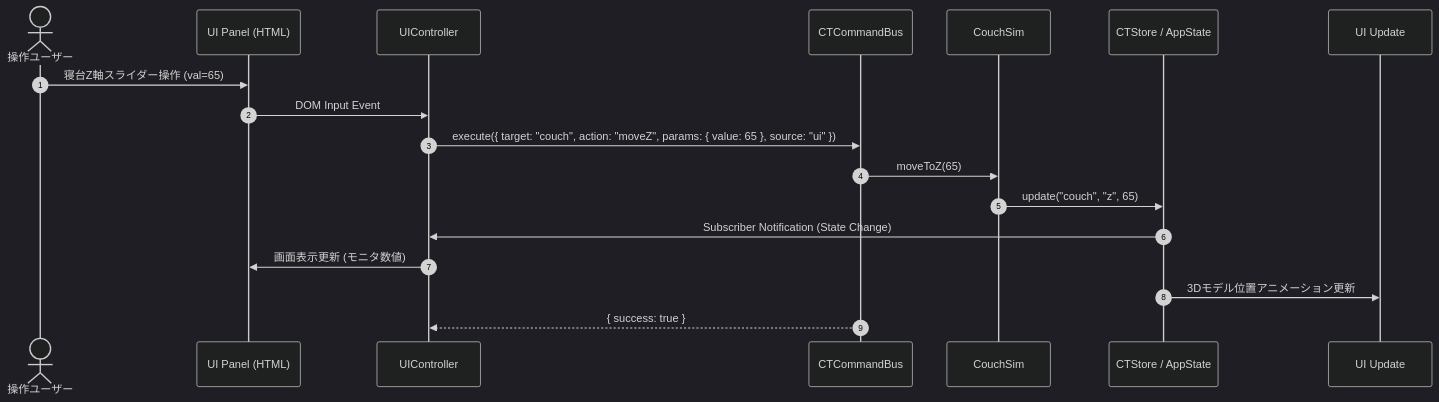
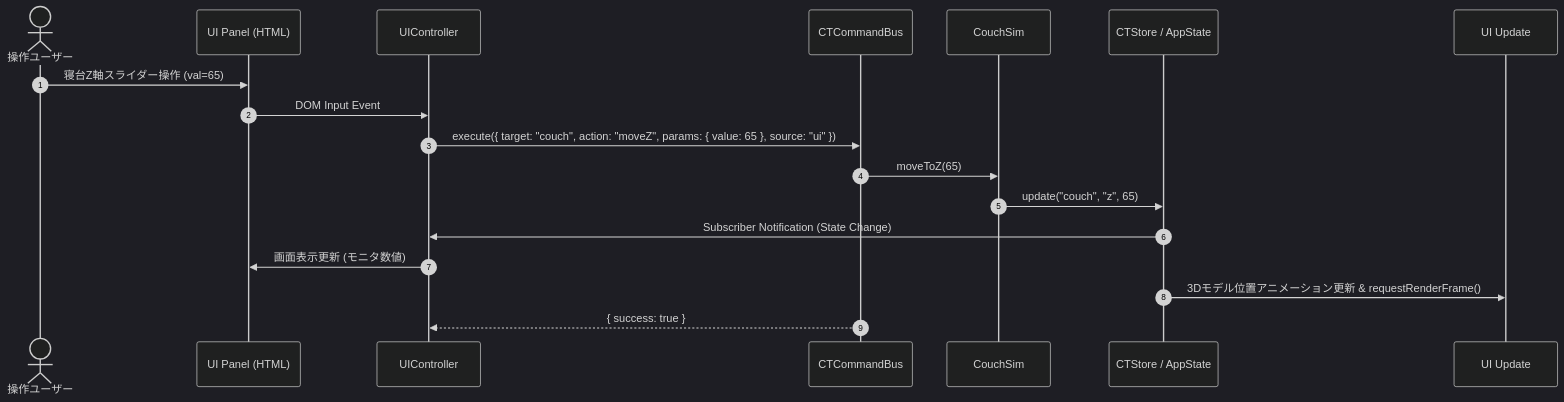
Before and after one commit to yskforest/sim_stream: the third of 7 diagrams in docs/02_architecture_design.md, drawn with Mermaid (dark theme). The commit also changed other lines of this file and 6 other files, not shown here.

````diff
--- a/docs/02_architecture_design.md
+++ b/docs/02_architecture_design.md
@@ -162,21 +198,21 @@
 ```mermaid
 sequenceDiagram
     autonumber
     actor User as 操作ユーザー
     participant UIPanel as UI Panel (HTML)
     participant UIController as UIController
     participant Bus as CTCommandBus
     participant HW as CouchSim
     participant Store as CTStore / AppState
     participant UI as UI Update
 
     User->>UIPanel: 寝台Z軸スライダー操作 (val=65)
     UIPanel->>UIController: DOM Input Event
     UIController->>Bus: execute({ target: "couch", action: "moveZ", params: { value: 65 }, source: "ui" })
     Bus->>HW: moveToZ(65)
     HW->>Store: update("couch", "z", 65)
     Store->>UIController: Subscriber Notification (State Change)
     UIController->>UIPanel: 画面表示更新 (モニタ数値)
-    Store->>UI: 3Dモデル位置アニメーション更新
+    Store->>UI: 3Dモデル位置アニメーション更新 & requestRenderFrame()
     Bus-->>UIController: { success: true }
 ```
````
